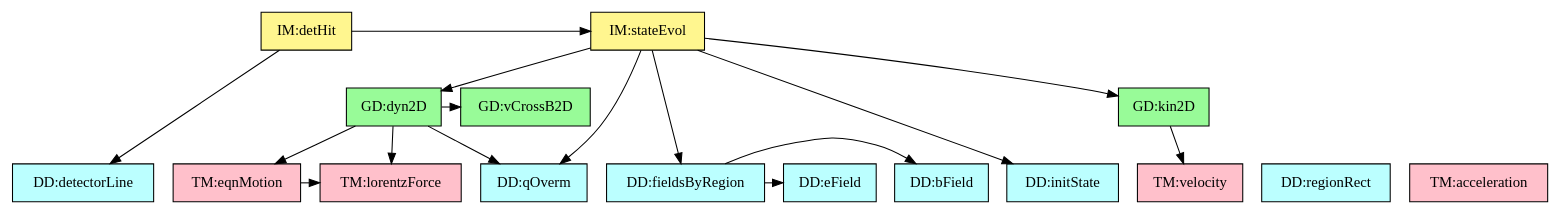
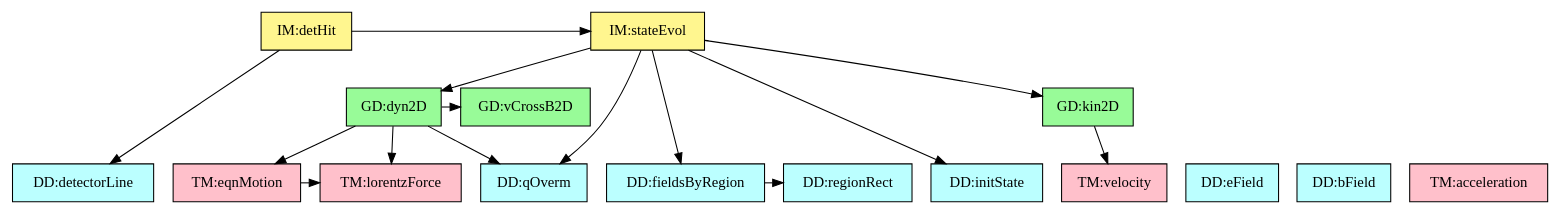
The diagram in code/drasil-example/trajecto/TraceyGraph/refvsref.dot (JoeZZG/Drasil741), drawn with Graphviz before and after one commit. The commit also changed 64 other files, not shown here.

```diff
--- a/code/drasil-example/trajecto/TraceyGraph/refvsref.dot
+++ b/code/drasil-example/trajecto/TraceyGraph/refvsref.dot
@@ -1,49 +1,48 @@
 digraph "refvsref" {
-    "dataDefn:Ei" -> "dataDefn:Evec";
-    "dataDefn:Ei" -> "dataDefn:Bvec";
+    "dataDefn:Ei" -> "dataDefn:Ri";
     "theory:eqnMotionCS" -> "theory:lorentzForceCS";
     "theory:kin2DRC" -> "theory:velocityTM";
     "theory:dyn2DRC" -> "dataDefn:kappa";
     "theory:dyn2DRC" -> "theory:lorentzForceCS";
     "theory:dyn2DRC" -> "theory:eqnMotionCS";
     "theory:dyn2DRC" -> "theory:vCrossB";
     "theory:stateEvolRC" -> "dataDefn:kappa";
     "theory:stateEvolRC" -> "dataDefn:s0";
     "theory:stateEvolRC" -> "dataDefn:Ei";
     "theory:stateEvolRC" -> "theory:kin2DRC";
     "theory:stateEvolRC" -> "theory:dyn2DRC";
-    "theory:detHitIM" -> "dataDefn:Ldet";
-    "theory:detHitIM" -> "theory:stateEvolRC";
+    "theory:detHitRC" -> "dataDefn:Ldet";
+    "theory:detHitRC" -> "theory:stateEvolRC";
     "dataDefn:kappa" [shape=box, color=black, style=filled, fillcolor="paleturquoise1", label="DD:qOverm"];
     "dataDefn:s0" [shape=box, color=black, style=filled, fillcolor="paleturquoise1", label="DD:initState"];
     "dataDefn:Evec" [shape=box, color=black, style=filled, fillcolor="paleturquoise1", label="DD:eField"];
     "dataDefn:Bvec" [shape=box, color=black, style=filled, fillcolor="paleturquoise1", label="DD:bField"];
     "dataDefn:Ri" [shape=box, color=black, style=filled, fillcolor="paleturquoise1", label="DD:regionRect"];
     "dataDefn:Ei" [shape=box, color=black, style=filled, fillcolor="paleturquoise1", label="DD:fieldsByRegion"];
     "dataDefn:Ldet" [shape=box, color=black, style=filled, fillcolor="paleturquoise1", label="DD:detectorLine"];
     subgraph "DD" {
         rank="same";
         "dataDefn:kappa" "dataDefn:s0" "dataDefn:Evec" "dataDefn:Bvec" "dataDefn:Ri" "dataDefn:Ei" "dataDefn:Ldet";
     }
     "theory:velocityTM" [shape=box, color=black, style=filled, fillcolor="pink", label="TM:velocity"];
     "theory:accelerationTM" [shape=box, color=black, style=filled, fillcolor="pink", label="TM:acceleration"];
     "theory:lorentzForceCS" [shape=box, color=black, style=filled, fillcolor="pink", label="TM:lorentzForce"];
     "theory:eqnMotionCS" [shape=box, color=black, style=filled, fillcolor="pink", label="TM:eqnMotion"];
     subgraph "TM" {
         rank="same";
         "theory:velocityTM" "theory:accelerationTM" "theory:lorentzForceCS" "theory:eqnMotionCS";
     }
     "theory:kin2DRC" [shape=box, color=black, style=filled, fillcolor="palegreen", label="GD:kin2D"];
     "theory:vCrossB" [shape=box, color=black, style=filled, fillcolor="palegreen", label="GD:vCrossB2D"];
     "theory:dyn2DRC" [shape=box, color=black, style=filled, fillcolor="palegreen", label="GD:dyn2D"];
     subgraph "GD" {
         rank="same";
         "theory:kin2DRC" "theory:vCrossB" "theory:dyn2DRC";
     }
     "theory:stateEvolRC" [shape=box, color=black, style=filled, fillcolor="khaki1", label="IM:stateEvol"];
-    "theory:detHitIM" [shape=box, color=black, style=filled, fillcolor="khaki1", label="IM:detHit"];
+    "theory:detHitRC" [shape=box, color=black, style=filled, fillcolor="khaki1", label="IM:detHit"];
     subgraph "IM" {
         rank="same";
-        "theory:stateEvolRC" "theory:detHitIM";
+        "theory:stateEvolRC" "theory:detHitRC";
     }
 }
```
